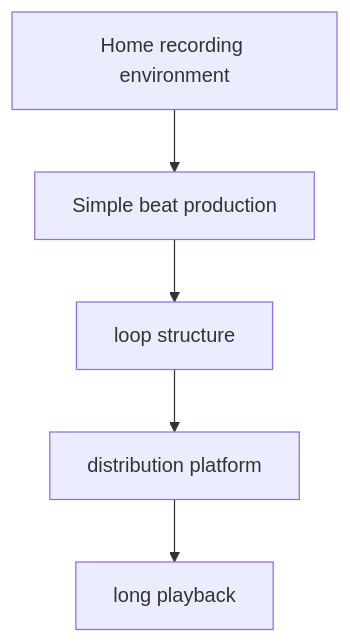
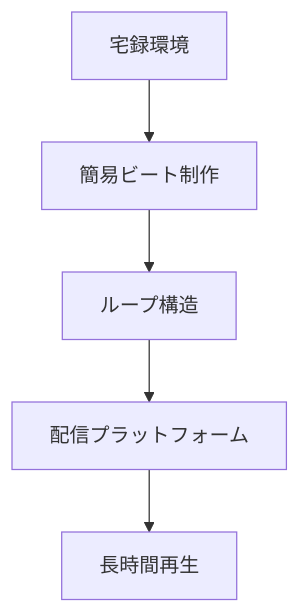
Before and after one commit to monumental-movement/monumental-movement.github.io: the first of 2 diagrams in en/_posts/2025-12-17-column-lo-fi-hip-hop-chillhop.md, drawn with Mermaid. The commit also changed other lines of this file and 2196 other files, not shown here.

```diff
--- a/en/_posts/2025-12-17-column-lo-fi-hip-hop-chillhop.md
+++ b/en/_posts/2025-12-17-column-lo-fi-hip-hop-chillhop.md
@@ -163,7 +163,7 @@
 <div class="mermaid">
 flowchart TD
-A[Home recording environment] --> B[Simple beat production]
-B --> C[loop structure]
-C --> D[distribution platform]
-D --> E[long playback]
+A[宅録環境] --> B[簡易ビート制作]
+B --> C[ループ構造]
+C --> D[配信プラットフォーム]
+D --> E[長時間再生]
 </div>
```
